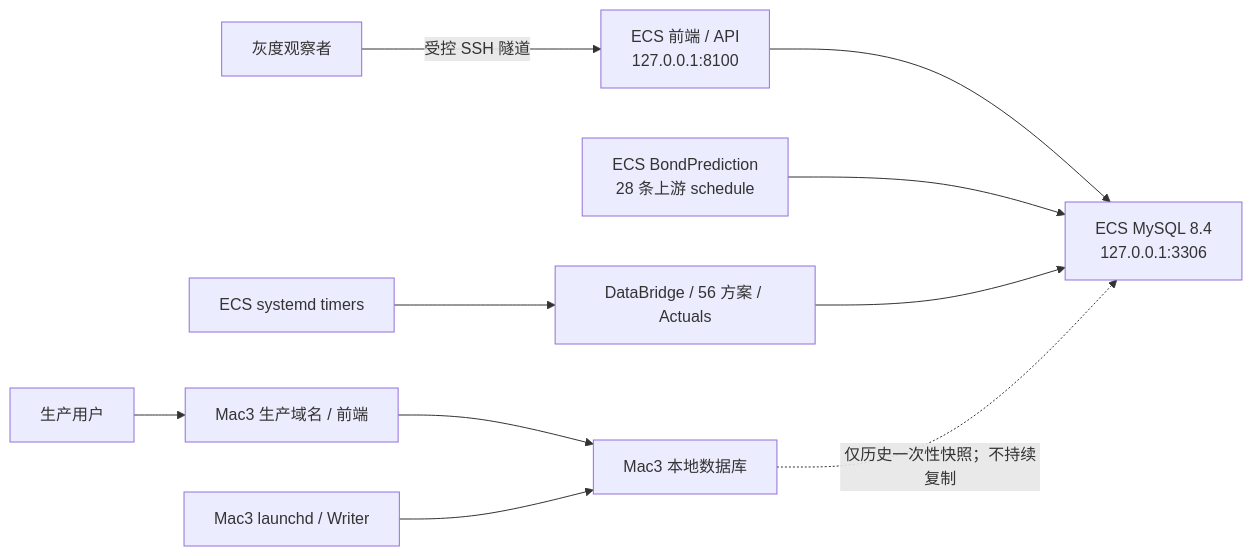
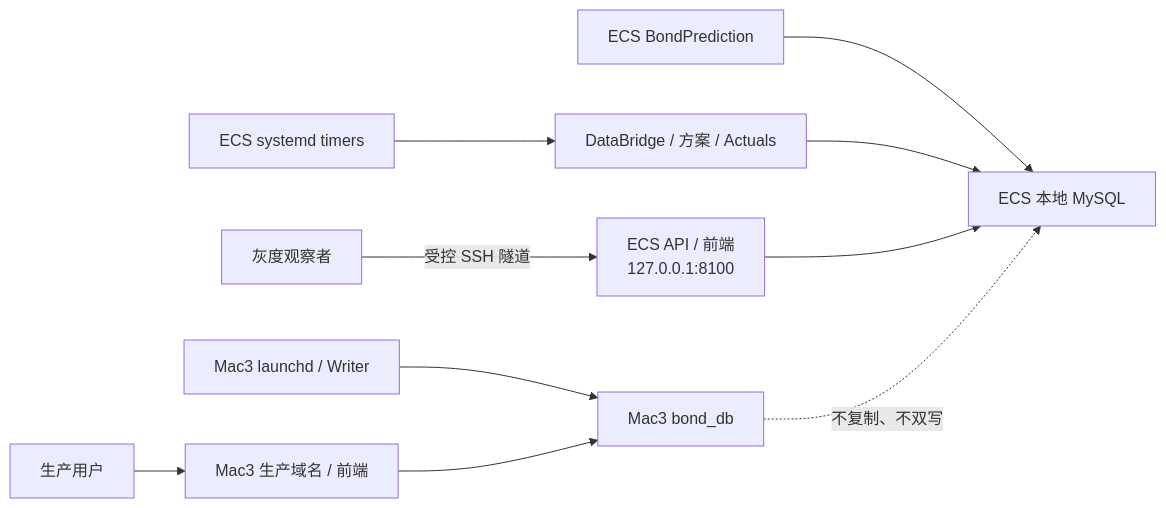
One commit to lucky1day/finlab-graylab changed the diagram in docs/operations/ALIYUN_MIGRATION_ASSESSMENT.md. Above: the diagram before and after it, drawn with Mermaid. The commit also changed other lines of this file and 3 other files, not shown here.

````diff
--- a/docs/operations/ALIYUN_MIGRATION_ASSESSMENT.md
+++ b/docs/operations/ALIYUN_MIGRATION_ASSESSMENT.md
@@ -31,14 +34,14 @@
 ```mermaid
 flowchart LR
     U["生产用户"] --> M["Mac3 生产域名 / 前端"]
-    M --> MDB["Mac3 本地数据库"]
-    MW["Mac3 launchd / Writer"] --> MDB
+    MW["Mac3 launchd / Writer"] --> MDB["Mac3 bond_db"]
+    M --> MDB
 
-    O["灰度观察者"] -->|"受控 SSH 隧道"| E["ECS 前端 / API\n127.0.0.1:8100"]
-    E --> EDB["ECS MySQL 8.4\n127.0.0.1:3306"]
-    BP["ECS BondPrediction\n28 条上游 schedule"] --> EDB
-    ST["ECS systemd timers"] --> B["DataBridge / 56 方案 / Actuals"]
-    B --> EDB
+    O["灰度观察者"] -->|"受控 SSH 隧道"| E["ECS API / 前端\n127.0.0.1:8100"]
+    BP["ECS BondPrediction"] --> EDB["ECS 本地 MySQL"]
+    ST["ECS systemd timers"] --> W["DataBridge / 方案 / Actuals"]
+    W --> EDB
+    E --> EDB
 
-    MDB -.->|"仅历史一次性快照；不持续复制"| EDB
+    MDB -.->|"不复制、不双写"| EDB
 ```
````
